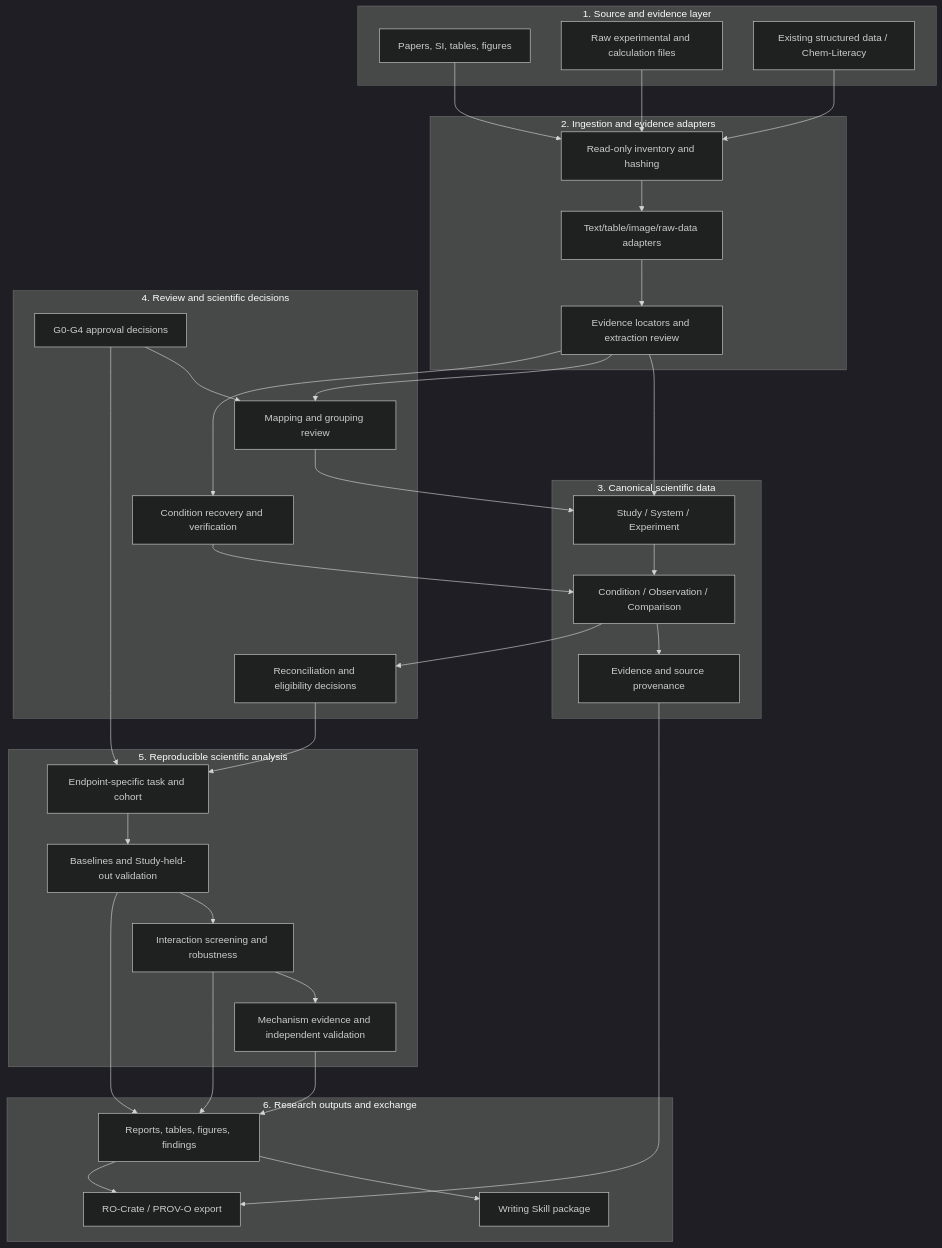
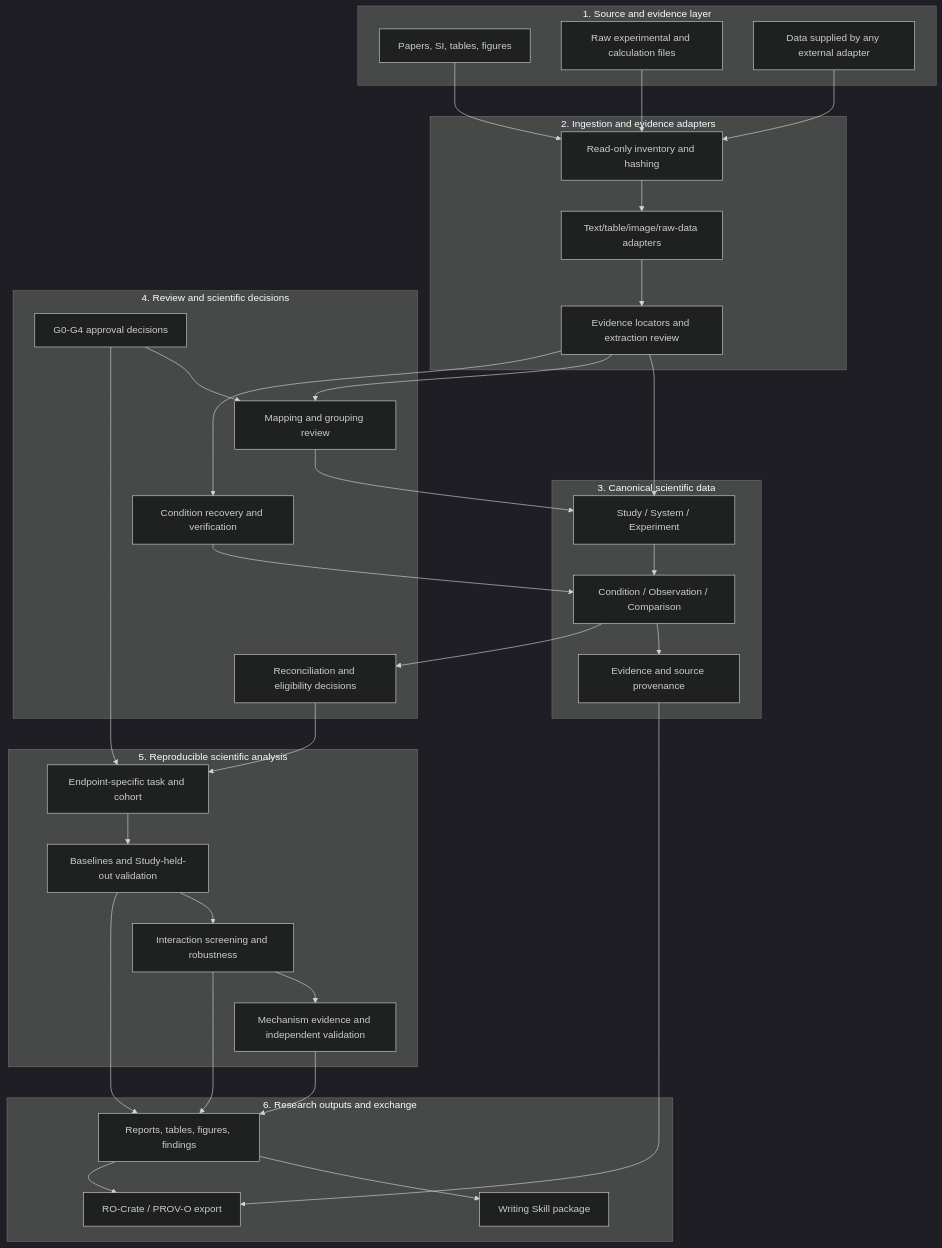
One commit to Tuzhidingdong/Datafication-of-Reproducibility changed the diagram in docs/TARGET_ARCHITECTURE.md. Above: the diagram before and after it, drawn with Mermaid (dark theme). The commit also changed other lines of this file, not shown here.

Commit message:
Make target architecture independent of any research domain

````diff
--- a/docs/TARGET_ARCHITECTURE.md
+++ b/docs/TARGET_ARCHITECTURE.md
@@ -52,60 +52,60 @@
 ```mermaid
 flowchart TD
   subgraph SRC["1. Source and evidence layer"]
     A["Papers, SI, tables, figures"]
     B["Raw experimental and calculation files"]
-    C["Existing structured data / Chem-Literacy"]
+    C["Data supplied by any external adapter"]
   end
   subgraph INGEST["2. Ingestion and evidence adapters"]
     D["Read-only inventory and hashing"]
     E["Text/table/image/raw-data adapters"]
     F["Evidence locators and extraction review"]
   end
   subgraph CANON["3. Canonical scientific data"]
     G["Study / System / Experiment"]
     H["Condition / Observation / Comparison"]
     J["Evidence and source provenance"]
   end
   subgraph REVIEW["4. Review and scientific decisions"]
     K["Mapping and grouping review"]
     L["Condition recovery and verification"]
     M["Reconciliation and eligibility decisions"]
     N["G0-G4 approval decisions"]
   end
   subgraph ANALYSIS["5. Reproducible scientific analysis"]
     O["Endpoint-specific task and cohort"]
     P["Baselines and Study-held-out validation"]
     Q["Interaction screening and robustness"]
     T["Mechanism evidence and independent validation"]
   end
   subgraph OUTPUT["6. Research outputs and exchange"]
     U["Reports, tables, figures, findings"]
     V["Writing Skill package"]
     W["RO-Crate / PROV-O export"]
   end
   A --> D
   B --> D
   C --> D
   D --> E
   E --> F
   F --> G
   G --> H
   H --> J
   F --> K
   K --> G
   F --> L
   L --> H
   H --> M
   M --> O
   N --> K
   N --> O
   O --> P
   P --> Q
   Q --> T
   P --> U
   Q --> U
   T --> U
   U --> V
   U --> W
   J --> W
 ```
````
